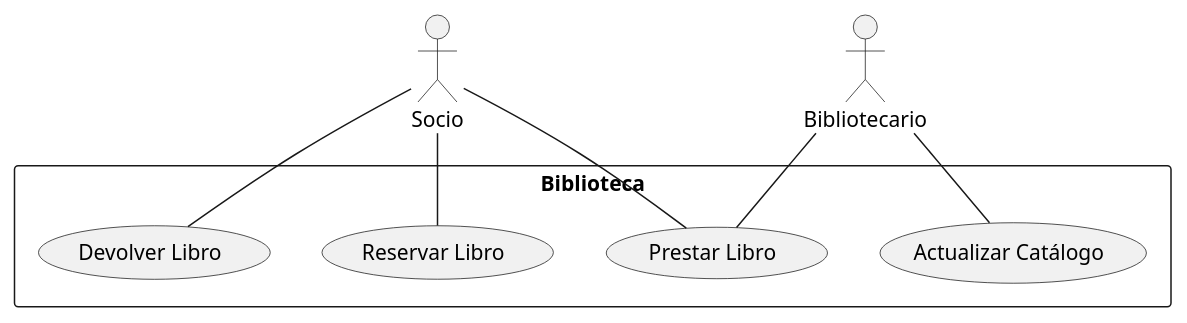
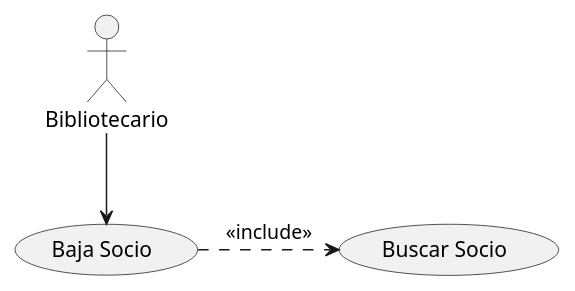
The diagram in src/CasosDeUso2_UML.puml (alejaandroobc/CasosDeUso2_UML), drawn with PlantUML before and after one commit. The commit also changed 1 other file, not shown here.

```diff
--- a/src/CasosDeUso2_UML.puml
+++ b/src/CasosDeUso2_UML.puml
@@ -1,15 +1,8 @@
 @startuml
-:Socio:
 :Bibliotecario:
-rectangle Biblioteca{
-usecase UC1 as "Reservar Libro"
-usecase UC2 as "Prestar Libro"
-usecase UC3 as "Devolver Libro"
-usecase UC4 as "Actualizar Catálogo"
-}
-Socio -- UC1
-Socio -- UC2
-Socio -- UC3
-Bibliotecario -- UC2
-Bibliotecario -- UC4
+usecase UC1 as "Baja Socio"
+usecase UC2 as "Buscar Socio"
+
+Bibliotecario --> UC1
+UC1 .> UC2 :<<include>>
 @enduml
```
